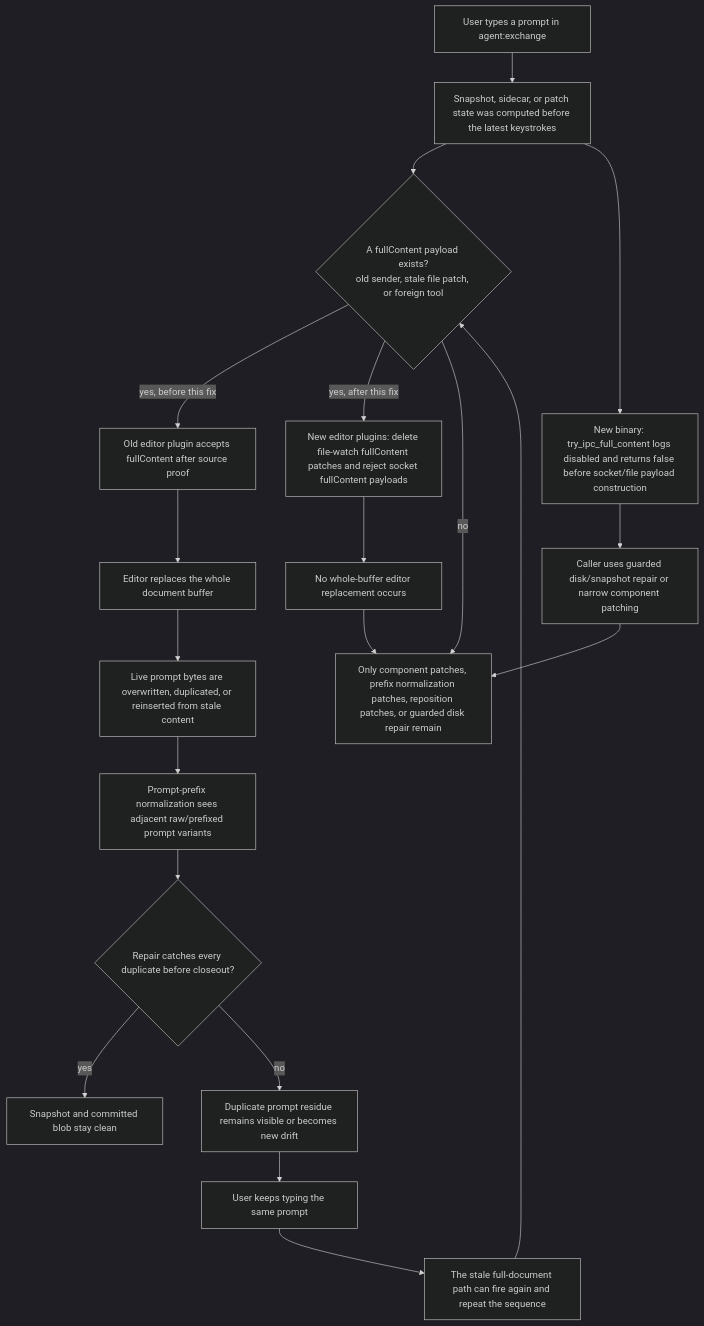
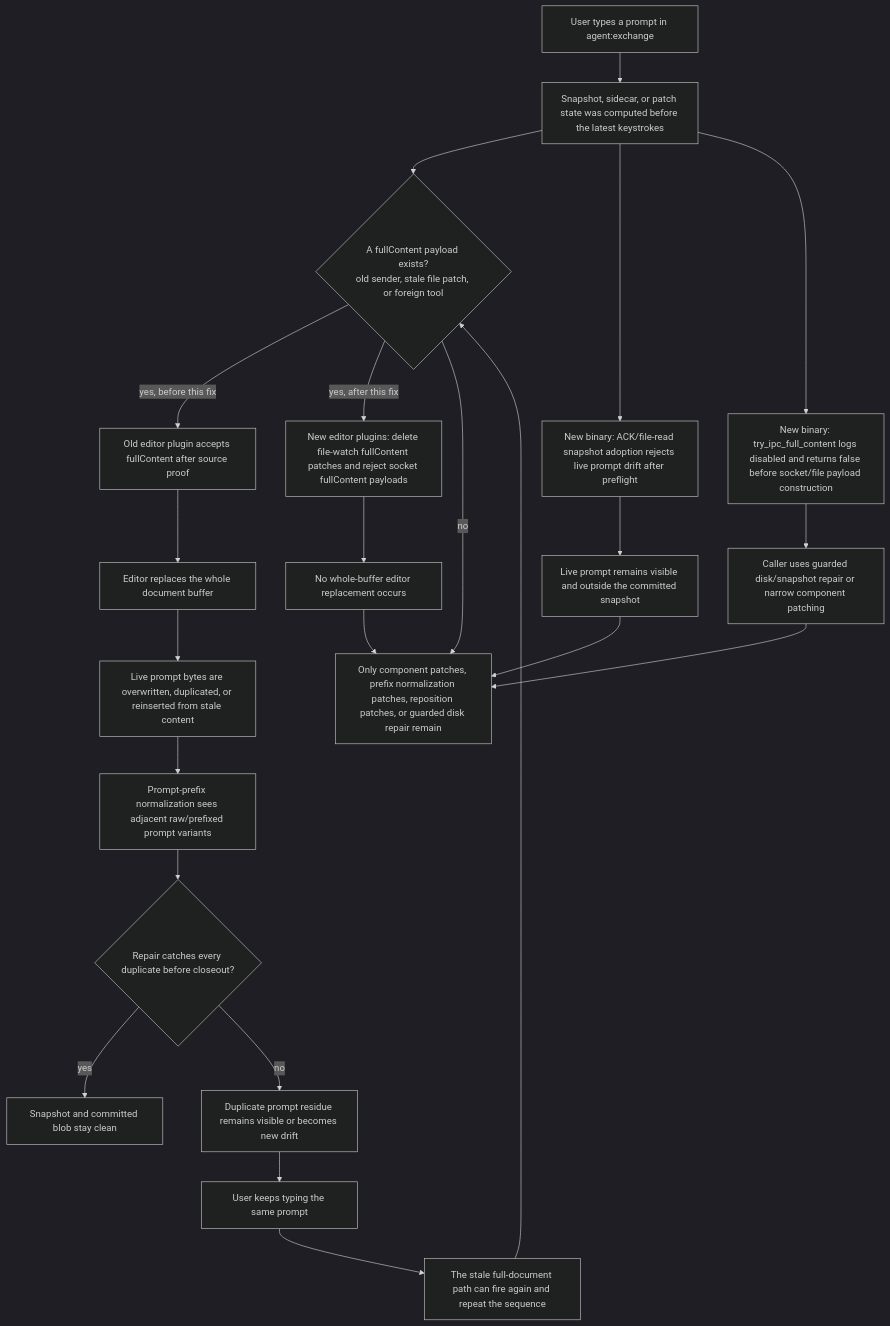
One commit to btakita/agent-doc changed the diagram in docs/reference/full-document-ipc-corruption-chain.md. Above: the diagram before and after it, drawn with Mermaid (dark theme). The commit also changed other lines of this file and 5 other files, not shown here.

Commit message:
fix: guard ipc snapshot live prompt drift

````diff
--- a/docs/reference/full-document-ipc-corruption-chain.md
+++ b/docs/reference/full-document-ipc-corruption-chain.md
@@ -10,29 +10,32 @@
 ```mermaid
 flowchart TD
   typing["User types a prompt in agent:exchange"]
   staleState["Snapshot, sidecar, or patch state was computed before the latest keystrokes"]
   fullPayload{"A fullContent payload exists?\nold sender, stale file patch, or foreign tool"}
   oldReceiver["Old editor plugin accepts fullContent after source proof"]
   wholeReplace["Editor replaces the whole document buffer"]
   clobber["Live prompt bytes are overwritten, duplicated, or reinserted from stale content"]
   promptVariant["Prompt-prefix normalization sees adjacent raw/prefixed prompt variants"]
   duplicateRepair{"Repair catches every duplicate before closeout?"}
   committedClean["Snapshot and committed blob stay clean"]
   residue["Duplicate prompt residue remains visible or becomes new drift"]
   nextTyping["User keeps typing the same prompt"]
   repeat["The stale full-document path can fire again and repeat the sequence"]
 
   disabledBinary["New binary: try_ipc_full_content logs disabled and returns false before socket/file payload construction"]
   guardedDisk["Caller uses guarded disk/snapshot repair or narrow component patching"]
   disabledPlugin["New editor plugins: delete file-watch fullContent patches and reject socket fullContent payloads"]
+  adoptionGuard["New binary: ACK/file-read snapshot adoption rejects live prompt drift after preflight"]
   noReplace["No whole-buffer editor replacement occurs"]
+  promptHandoff["Live prompt remains visible and outside the committed snapshot"]
   narrowPatch["Only component patches, prefix normalization patches, reposition patches, or guarded disk repair remain"]
 
   typing --> staleState --> fullPayload
   fullPayload -- "yes, before this fix" --> oldReceiver --> wholeReplace --> clobber --> promptVariant --> duplicateRepair
   duplicateRepair -- "yes" --> committedClean
   duplicateRepair -- "no" --> residue --> nextTyping --> repeat --> fullPayload
   fullPayload -- "yes, after this fix" --> disabledPlugin --> noReplace --> narrowPatch
+  staleState --> adoptionGuard --> promptHandoff --> narrowPatch
   staleState --> disabledBinary --> guardedDisk --> narrowPatch
   fullPayload -- "no" --> narrowPatch
 ```
````
